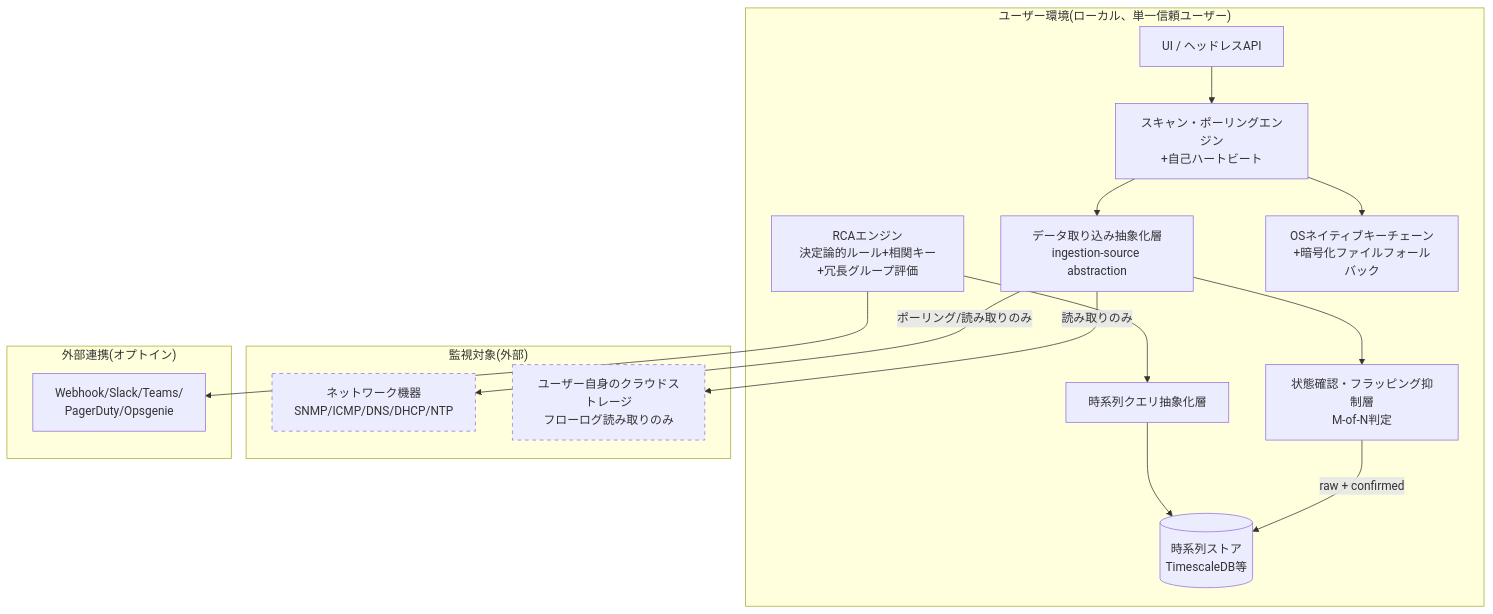
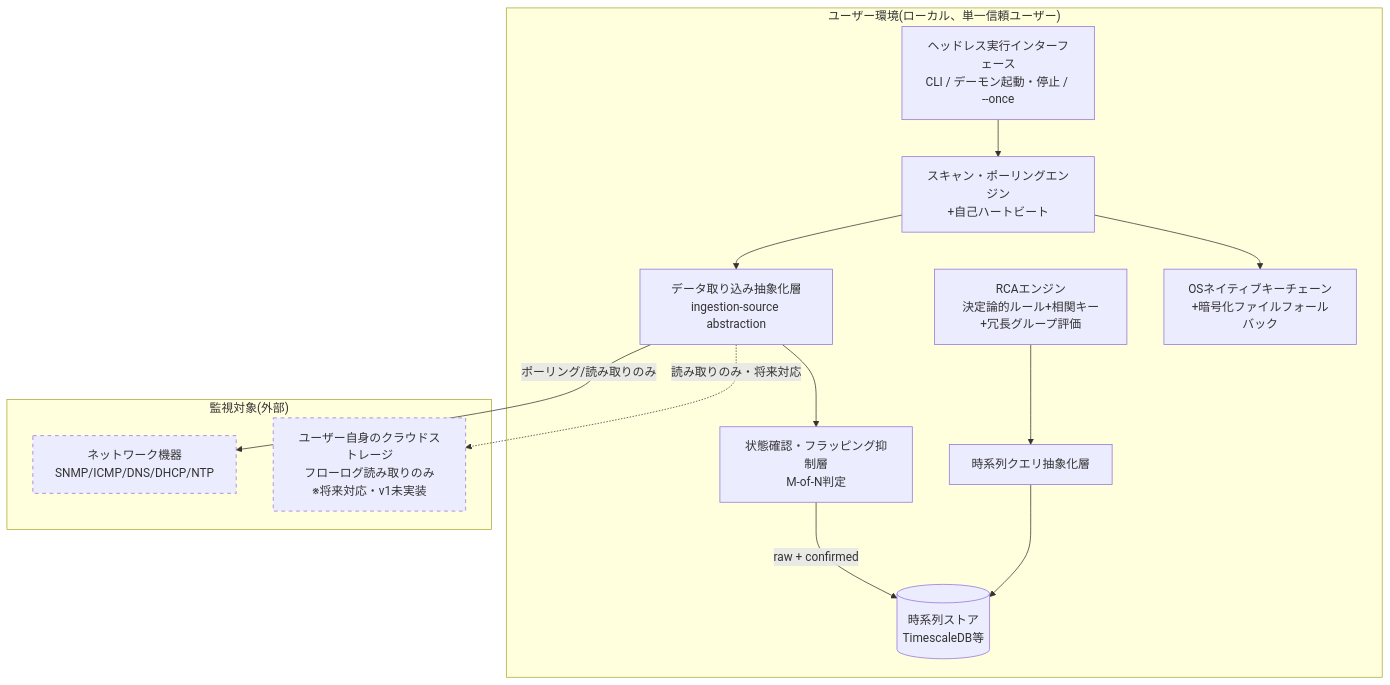
The diagram in docs/docs/システム設計/システム方式設計書.md (Haruyuzuriha/Myaku), drawn with Mermaid before and after one commit. The commit also changed other lines of this file and 3 other files, not shown here.

````diff
--- a/docs/docs/システム設計/システム方式設計書.md
+++ b/docs/docs/システム設計/システム方式設計書.md
@@ -74,36 +74,31 @@
 ```mermaid
 graph TB
     subgraph "ユーザー環境(ローカル、単一信頼ユーザー)"
-        UI[UI / ヘッドレスAPI]
+        UI[ヘッドレス実行インターフェース<br/>CLI / デーモン起動・停止 / --once]
         Engine[スキャン・ポーリングエンジン<br/>+自己ハートビート]
         StateConfirm[状態確認・フラッピング抑制層<br/>M-of-N判定]
         RCA[RCAエンジン<br/>決定論的ルール+相関キー+冗長グループ評価]
         Ingest[データ取り込み抽象化層<br/>ingestion-source abstraction]
         QueryAbs[時系列クエリ抽象化層]
         TSDB[(時系列ストア<br/>TimescaleDB等)]
         Keychain[OSネイティブキーチェーン<br/>+暗号化ファイルフォールバック]
     end
 
     subgraph "監視対象(外部)"
         Net[ネットワーク機器<br/>SNMP/ICMP/DNS/DHCP/NTP]
-        Cloud[ユーザー自身のクラウドストレージ<br/>フローログ読み取りのみ]
-    end
-
-    subgraph "外部連携(オプトイン)"
-        Notify[Webhook/Slack/Teams/<br/>PagerDuty/Opsgenie]
+        Cloud[ユーザー自身のクラウドストレージ<br/>フローログ読み取りのみ<br/>※将来対応・v1未実装]
     end
 
     UI --> Engine
     Engine --> Ingest
     Ingest -->|ポーリング/読み取りのみ| Net
-    Ingest -->|読み取りのみ| Cloud
+    Ingest -.->|読み取りのみ・将来対応| Cloud
     Ingest --> StateConfirm
     StateConfirm -->|raw + confirmed| TSDB
     QueryAbs --> TSDB
     RCA --> QueryAbs
-    RCA --> Notify
     Engine --> Keychain
 
     style Cloud stroke-dasharray: 5 5
     style Net stroke-dasharray: 5 5
 ```
````
